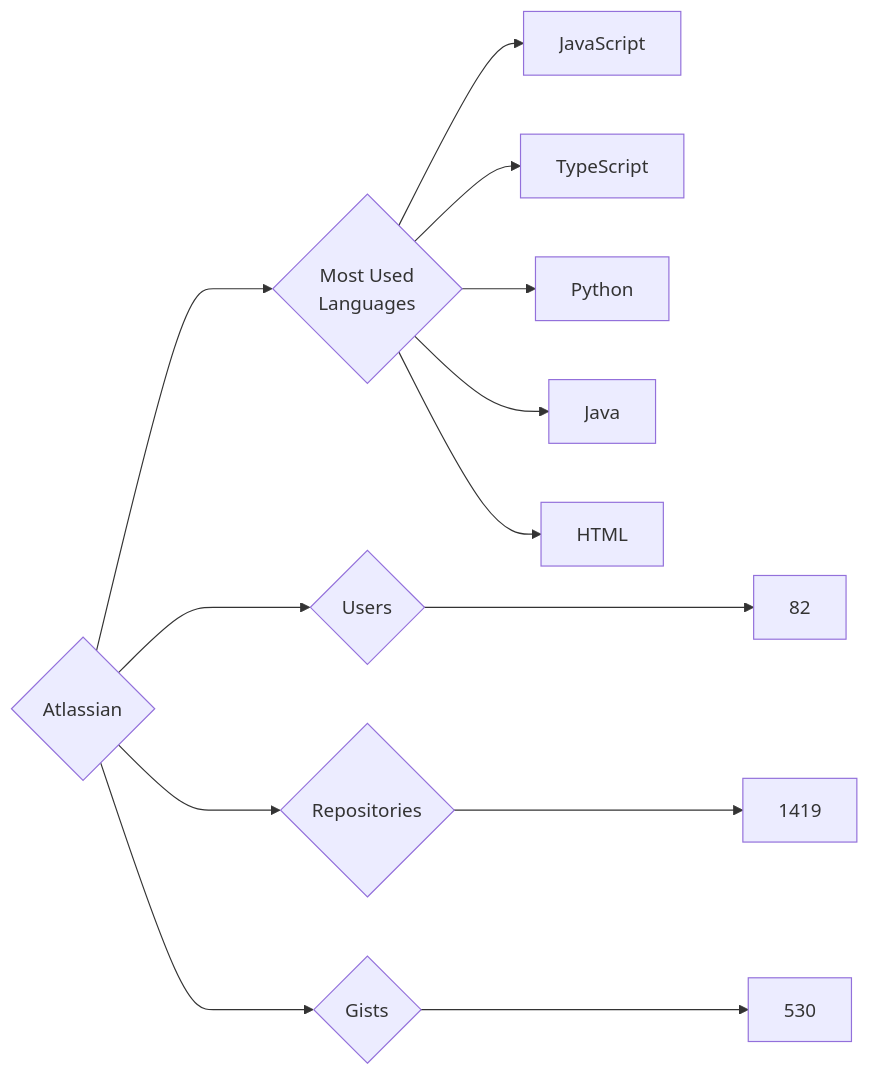
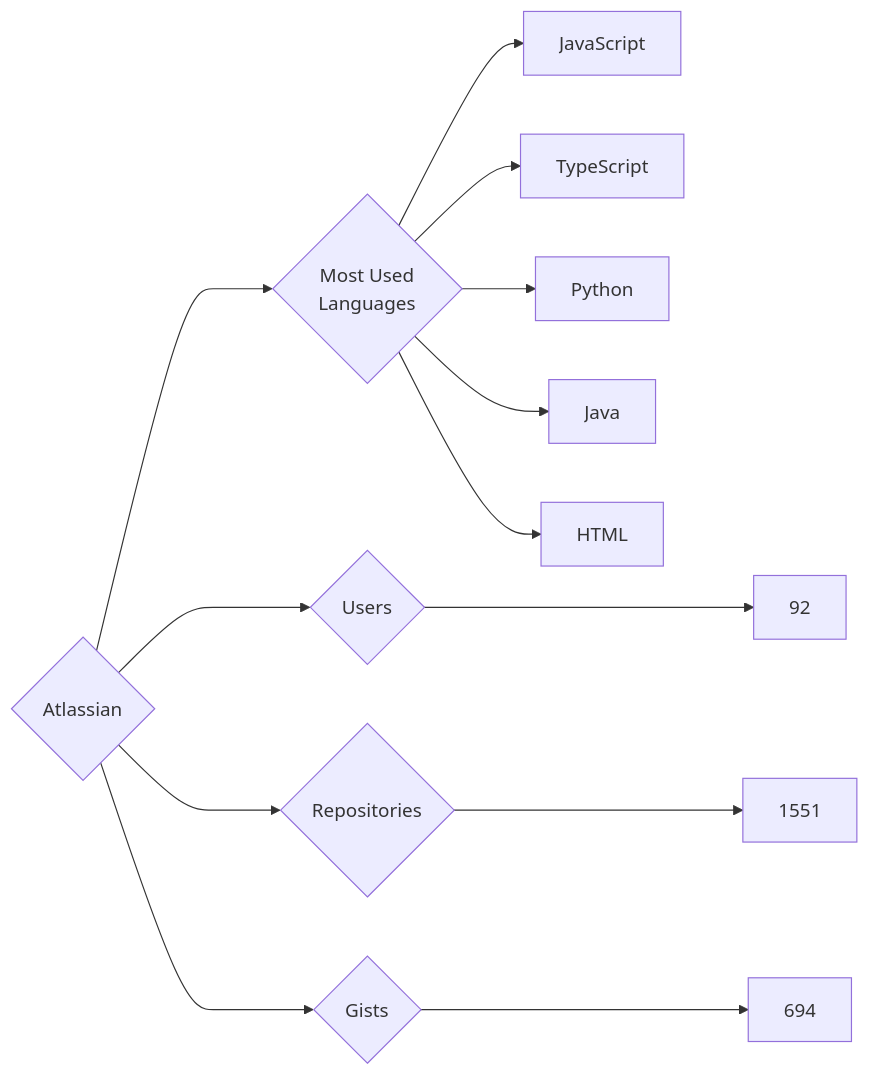
The diagram in targets/Atlassian/README.md (trickest/insiders), drawn with Mermaid before and after one commit. The commit also changed 951 other files, not shown here.

````diff
--- a/targets/Atlassian/README.md
+++ b/targets/Atlassian/README.md
@@ -3,13 +3,13 @@
 ```mermaid
 graph LR
 COMPANY_NAME{Atlassian}
-COMPANY_NAME ---> U{Users} ---> UN[82]
-COMPANY_NAME ---> R{Repositories} ---> RN[1419]
-COMPANY_NAME ---> G{Gists} ---> GN[530]
+COMPANY_NAME ---> U{Users} ---> UN[92]
+COMPANY_NAME ---> R{Repositories} ---> RN[1551]
+COMPANY_NAME ---> G{Gists} ---> GN[694]
 COMPANY_NAME ---> ML{Most Used<br>Languages}
 ML --> JavaScript[JavaScript]
 ML --> TypeScript[TypeScript]
 ML --> Python[Python]
 ML --> Java[Java]
 ML --> HTML[HTML]
 ```
````
